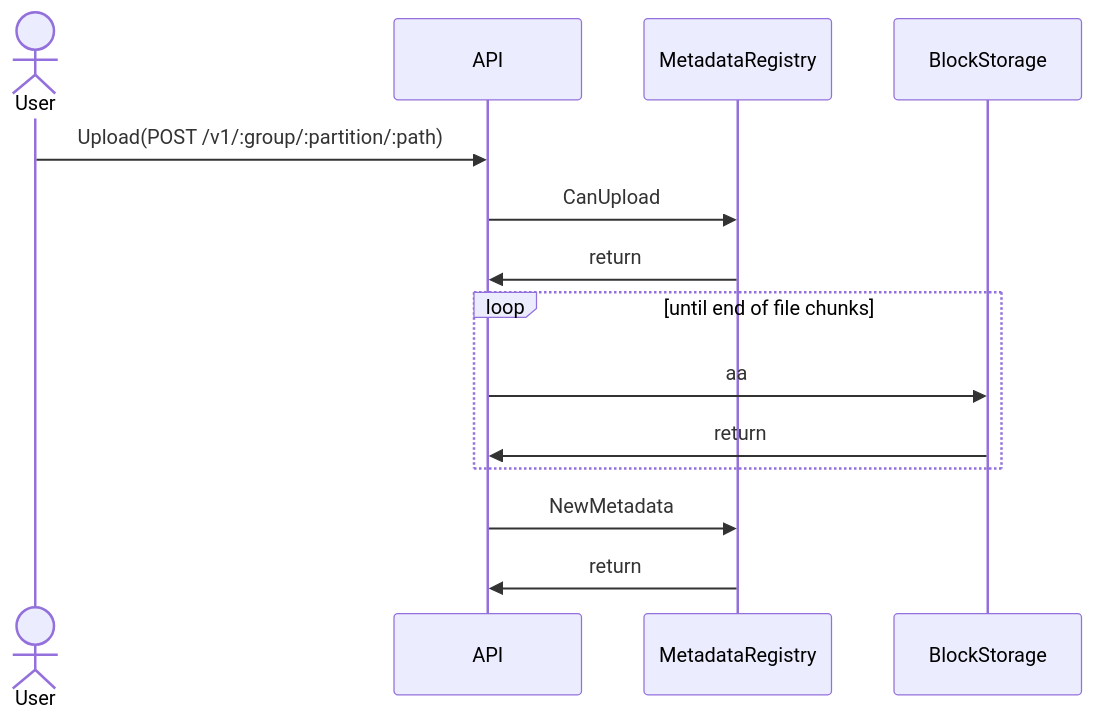
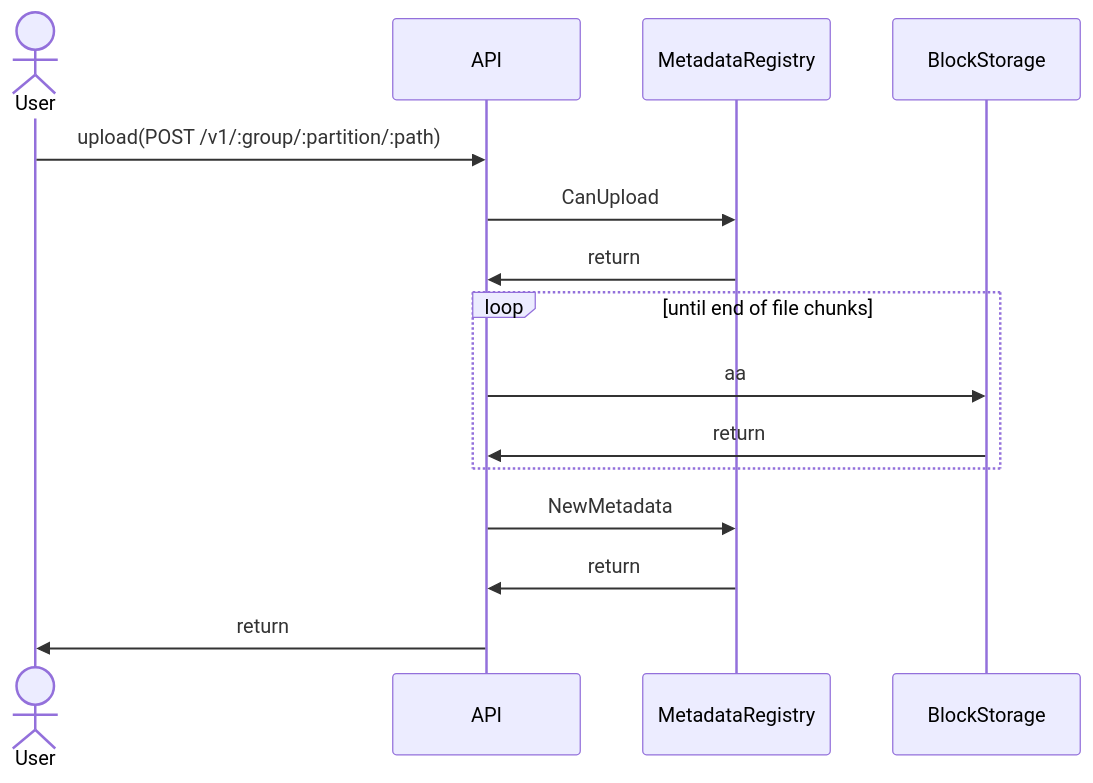
The second of 5 diagrams in doc/upload_sequence.md (ISSuh/sos), drawn with Mermaid before and after one commit. The commit also changed other lines of this file and 14 other files, not shown here.

````diff
--- a/doc/upload_sequence.md
+++ b/doc/upload_sequence.md
@@ -1,23 +22,26 @@
 ```mermaid
+---
+title:UPLOAD
+---
+
 sequenceDiagram
     actor user as User
     participant api as API
     participant metadata as MetadataRegistry
     participant storage as BlockStorage
 
+    user->>api: upload(POST /v1/:group/:partition/:path)
 
-    user->>api: Upload(POST /v1/:group/:partition/:path)
+        api->>metadata: CanUpload
+        metadata->>api: return
 
-    api->>metadata: CanUpload
-    metadata->>api: return
+        loop until end of file chunks
+            api->>storage: aa
+            storage->>api: return
+        end
 
-    loop until end of file chunks
-        api->>storage: aa
-        storage->>api: return
-    end
+        api->>metadata: NewMetadata
+        metadata->>api: return
 
-    api->>metadata: NewMetadata
-    metadata->>api: return
-
-
+    api->>user: return
 ```
````
